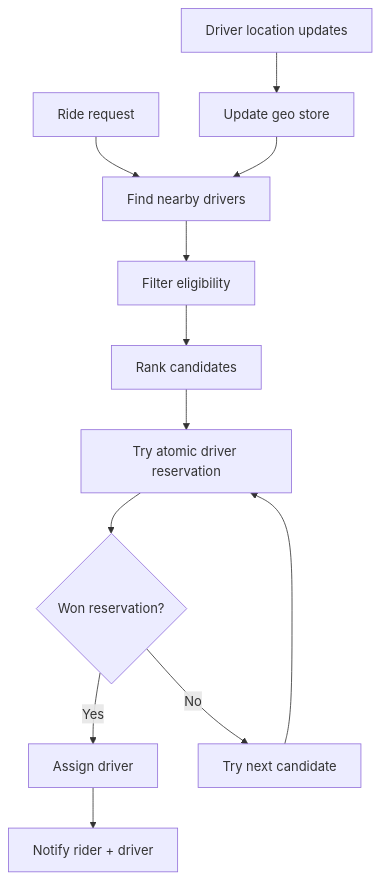
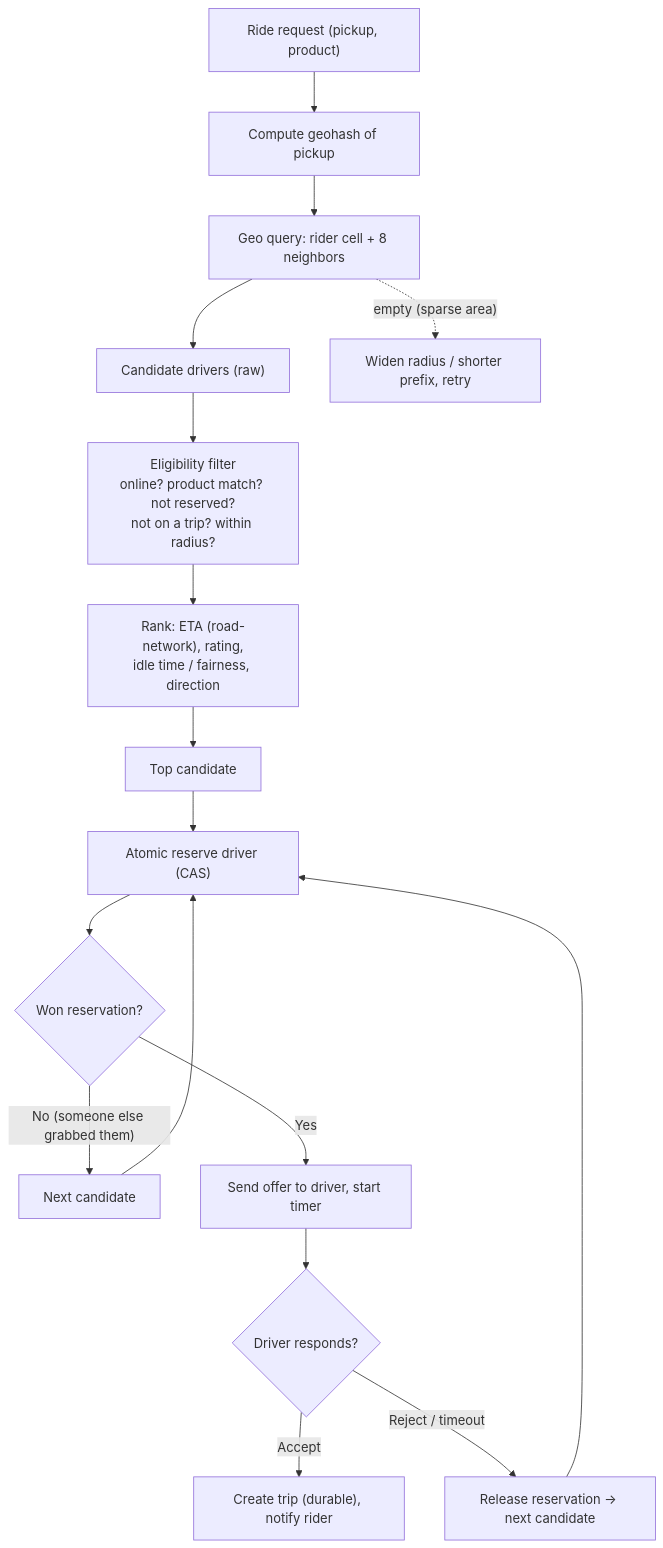
One commit to pankajThakur1874/studysheet changed the fourth of 9 diagrams in files/07-design-questions/13-ride-matching.md. Above: the diagram before and after it, drawn with Mermaid. The commit also changed other lines of this file and 5 other files, not shown here.

````diff
--- a/files/07-design-questions/13-ride-matching.md
+++ b/files/07-design-questions/13-ride-matching.md
@@ -89,14 +275,19 @@
 ```mermaid
 flowchart TD
-    A[Ride request] --> B[Find nearby drivers]
-    B --> C[Filter eligibility]
-    C --> D[Rank candidates]
-    D --> E[Try atomic driver reservation]
-    E --> F{"Won reservation?"}
-    F -->|Yes| G[Assign driver]
-    F -->|No| H[Try next candidate]
-    H --> E
-    G --> I["Notify rider + driver"]
-    J[Driver location updates] --> K[Update geo store]
-    K --> B
+    A["Ride request (pickup, product)"] --> B["Compute geohash of pickup"]
+    B --> C["Geo query: rider cell + 8 neighbors"]
+    C --> D["Candidate drivers (raw)"]
+    D --> E["Eligibility filter<br/>online? product match? not reserved?<br/>not on a trip? within radius?"]
+    E --> F["Rank: ETA (road-network), rating,<br/>idle time / fairness, direction"]
+    F --> G["Top candidate"]
+    G --> H["Atomic reserve driver (CAS)"]
+    H --> I{"Won reservation?"}
+    I -->|"No (someone else grabbed them)"| J["Next candidate"]
+    J --> H
+    I -->|"Yes"| K["Send offer to driver, start timer"]
+    K --> L{"Driver responds?"}
+    L -->|"Accept"| M["Create trip (durable), notify rider"]
+    L -->|"Reject / timeout"| N["Release reservation → next candidate"]
+    N --> H
+    C -.->|"empty (sparse area)"| W["Widen radius / shorter prefix, retry"]
 ```
````
